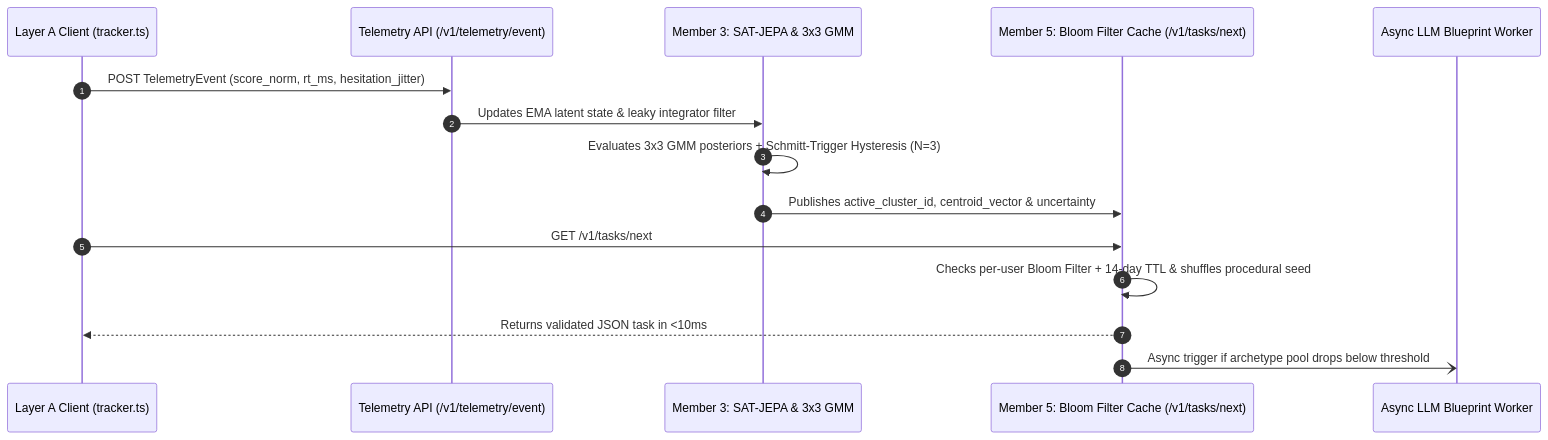
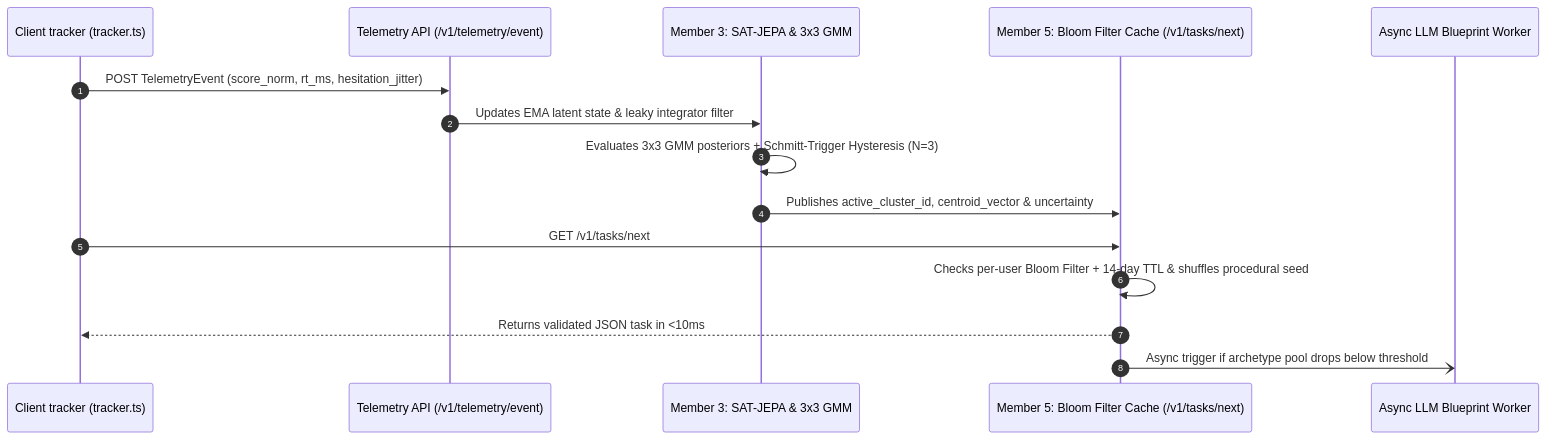
Before and after one commit to anwrG-p/ai4brain: the ninth of 11 diagrams in docs/architecture/SEQUENCE_DIAGRAMS.md, drawn with Mermaid. The commit also changed other lines of this file and 8 other files, not shown here.

Commit message:
docs(architecture): consumer diagrams rewritten for brand v2 (first visit, Momo's on-device guess, Loti with crisis gates); stale BRIAN/EMILY-colour renders removed from the folder and viewer

````diff
--- a/docs/architecture/SEQUENCE_DIAGRAMS.md
+++ b/docs/architecture/SEQUENCE_DIAGRAMS.md
@@ -327,18 +304,18 @@
 ```mermaid
 sequenceDiagram
     autonumber
-    participant Client as Layer A Client (tracker.ts)
+    participant Client as Client tracker (tracker.ts)
     participant API as Telemetry API (/v1/telemetry/event)
     participant JEPA as Member 3: SAT-JEPA & 3x3 GMM
     participant Cache as Member 5: Bloom Filter Cache (/v1/tasks/next)
     participant Worker as Async LLM Blueprint Worker
 
     Client->>API: POST TelemetryEvent (score_norm, rt_ms, hesitation_jitter)
     API->>JEPA: Updates EMA latent state & leaky integrator filter
     JEPA->>JEPA: Evaluates 3x3 GMM posteriors + Schmitt-Trigger Hysteresis (N=3)
     JEPA->>Cache: Publishes active_cluster_id, centroid_vector & uncertainty
     Client->>Cache: GET /v1/tasks/next
     Cache->>Cache: Checks per-user Bloom Filter + 14-day TTL & shuffles procedural seed
     Cache-->>Client: Returns validated JSON task in <10ms
     Cache-)Worker: Async trigger if archetype pool drops below threshold
 ```
````
